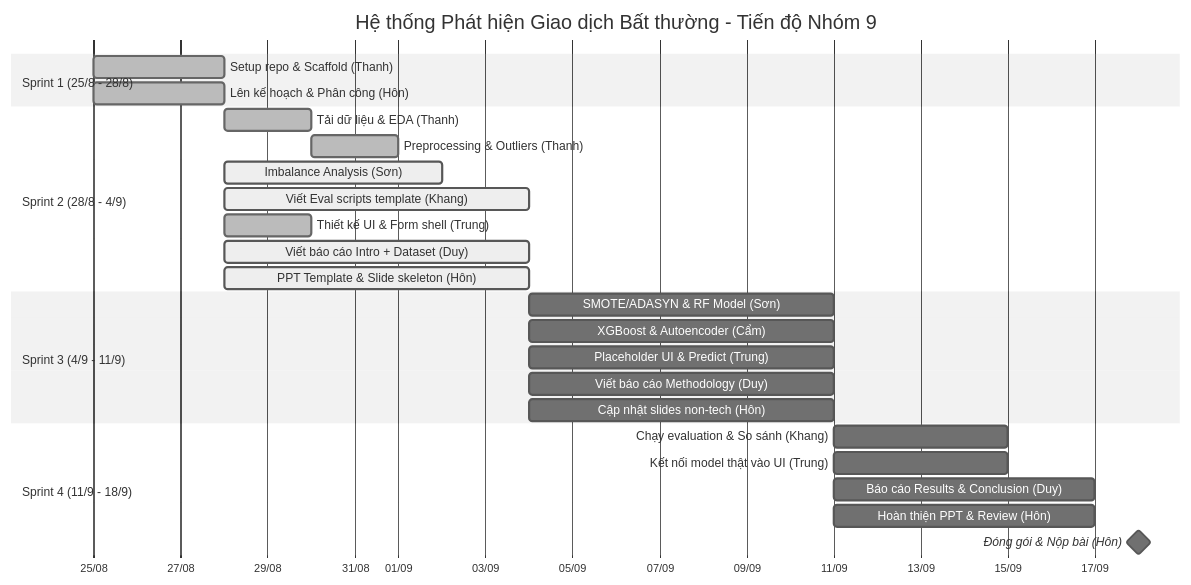
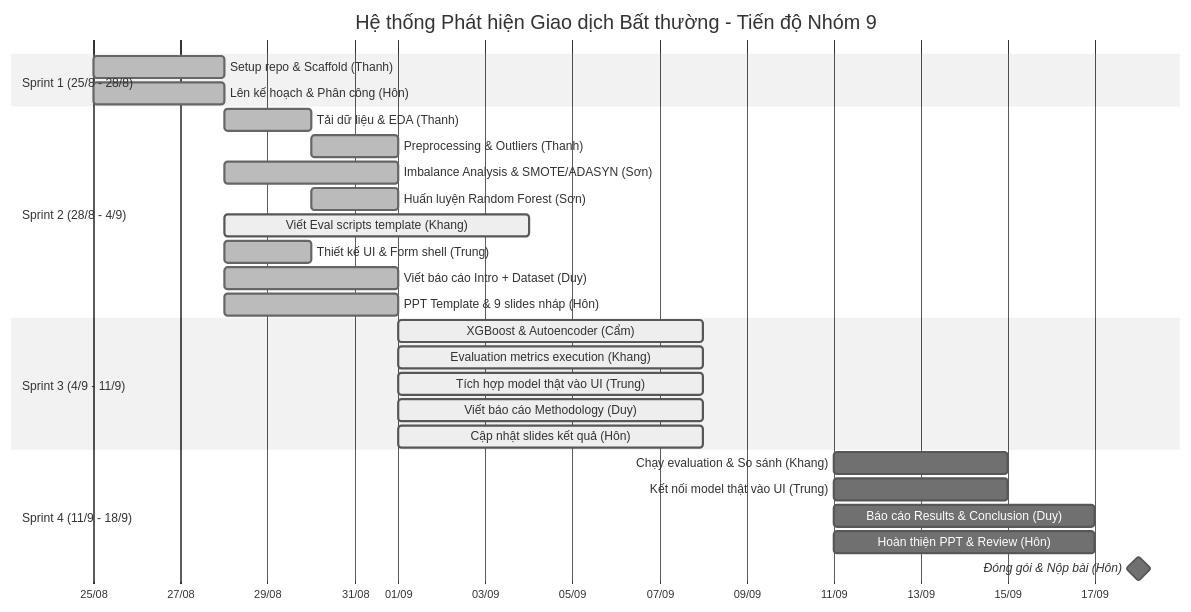
One commit to uit-25730067-chithanh/CS106-Team09-Fraud-Detection changed the diagram in draft/fraud-detection/docs/project-roadmap.md. Above: the diagram before and after it, drawn with Mermaid (neutral theme). The commit also changed other lines of this file and 4 other files, not shown here.

Commit message:
docs: sync project documentation, roadmaps and processed data guides with Phase 02 and 03 results

````diff
--- a/draft/fraud-detection/docs/project-roadmap.md
+++ b/draft/fraud-detection/docs/project-roadmap.md
@@ -13,34 +13,35 @@
 ```mermaid
 gantt
     title Hệ thống Phát hiện Giao dịch Bất thường - Tiến độ Nhóm 9
     dateFormat  YYYY-MM-DD
     axisFormat  %d/%m
     tickInterval 1w
 
     section Sprint 1 (25/8 - 28/8)
     Setup repo & Scaffold (Thanh)        :done, s1_1, 2026-08-25, 2026-08-28
     Lên kế hoạch & Phân công (Hôn)      :done, s1_2, 2026-08-25, 2026-08-28
 
     section Sprint 2 (28/8 - 4/9)
     Tải dữ liệu & EDA (Thanh)            :done, s2_1, 2026-08-28, 2d
     Preprocessing & Outliers (Thanh)     :done, s2_2, 2026-08-30, 2d
-    Imbalance Analysis (Sơn)             :active, s2_3, 2026-08-28, 5d
-    Viết Eval scripts template (Khang)   :active, s2_4, 2026-08-28, 7d
-    Thiết kế UI & Form shell (Trung)     :done, s2_5, 2026-08-28, 2d
-    Viết báo cáo Intro + Dataset (Duy)   :active, s2_6, 2026-08-28, 7d
-    PPT Template & Slide skeleton (Hôn)  :active, s2_7, 2026-08-28, 7d
+    Imbalance Analysis & SMOTE/ADASYN (Sơn) :done, s2_3, 2026-08-28, 4d
+    Huấn luyện Random Forest (Sơn)       :done, s2_4, 2026-08-30, 2d
+    Viết Eval scripts template (Khang)   :active, s2_5, 2026-08-28, 7d
+    Thiết kế UI & Form shell (Trung)     :done, s2_6, 2026-08-28, 2d
+    Viết báo cáo Intro + Dataset (Duy)   :done, s2_7, 2026-08-28, 4d
+    PPT Template & 9 slides nháp (Hôn)   :done, s2_8, 2026-08-28, 4d
 
     section Sprint 3 (4/9 - 11/9)
-    SMOTE/ADASYN & RF Model (Sơn)        :s3_1, 2026-09-04, 7d
-    XGBoost & Autoencoder (Cẩm)          :s3_2, 2026-09-04, 7d
-    Placeholder UI & Predict (Trung)     :s3_3, 2026-09-04, 7d
-    Viết báo cáo Methodology (Duy)       :s3_4, 2026-09-04, 7d
-    Cập nhật slides non-tech (Hôn)       :s3_5, 2026-09-04, 7d
+    XGBoost & Autoencoder (Cẩm)          :active, s3_1, 2026-09-01, 7d
+    Evaluation metrics execution (Khang) :active, s3_2, 2026-09-01, 7d
+    Tích hợp model thật vào UI (Trung)   :active, s3_3, 2026-09-01, 7d
+    Viết báo cáo Methodology (Duy)       :active, s3_4, 2026-09-01, 7d
+    Cập nhật slides kết quả (Hôn)        :active, s3_5, 2026-09-01, 7d
 
     section Sprint 4 (11/9 - 18/9)
     Chạy evaluation & So sánh (Khang)   :s4_1, 2026-09-11, 4d
     Kết nối model thật vào UI (Trung)    :s4_2, 2026-09-11, 4d
     Báo cáo Results & Conclusion (Duy)   :s4_3, 2026-09-11, 6d
     Hoàn thiện PPT & Review (Hôn)        :s4_4, 2026-09-11, 6d
     Đóng gói & Nộp bài (Hôn)             :milestone, s4_5, 2026-09-18, 0d
 ```
````
